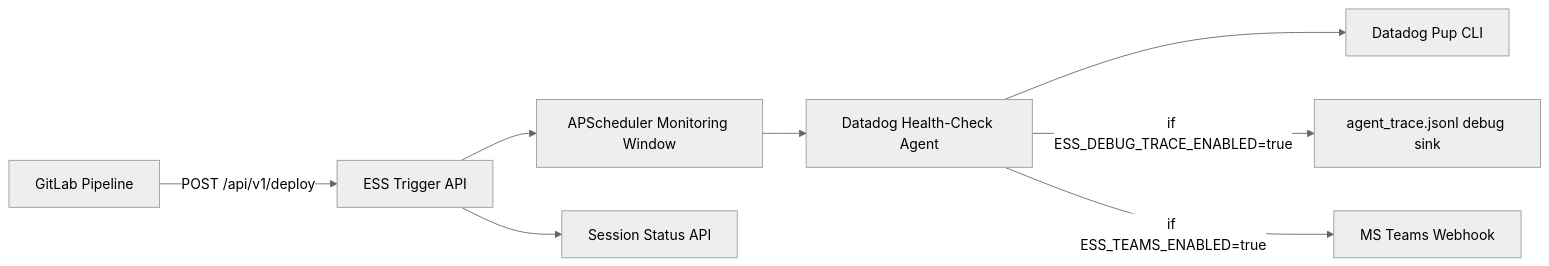
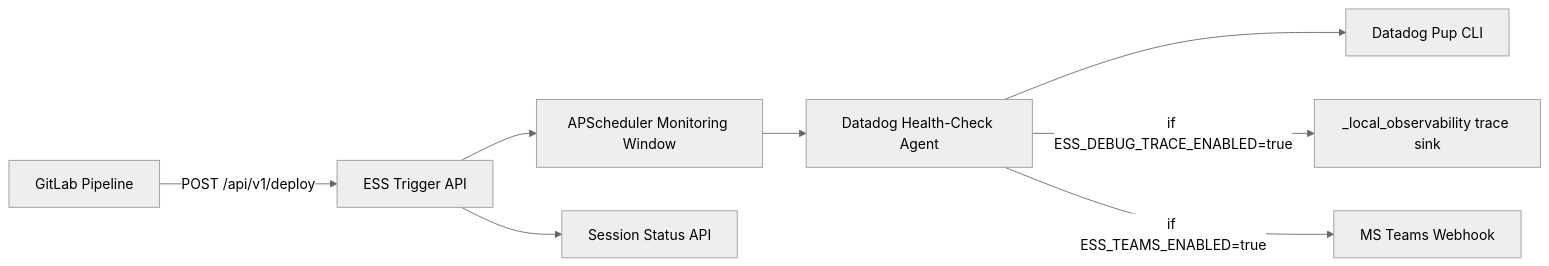
One commit to elis-salobehaj/ess changed the third of 3 diagrams in docs/plans/active/ess-eye-of-sauron-service.md. Above: the diagram before and after it, drawn with Mermaid (neutral theme). The commit also changed other lines of this file and 44 other files, not shown here.

````diff
--- a/docs/plans/active/ess-eye-of-sauron-service.md
+++ b/docs/plans/active/ess-eye-of-sauron-service.md
@@ -680,10 +679,10 @@
 ```mermaid
 flowchart LR
     GL[GitLab Pipeline] -->|POST /api/v1/deploy| API[ESS Trigger API]
     API --> SCHED[APScheduler Monitoring Window]
     SCHED --> AGENT[Datadog Health-Check Agent]
     AGENT --> PUP[Datadog Pup CLI]
-    AGENT -->|if ESS_DEBUG_TRACE_ENABLED=true| TRACE[agent_trace.jsonl debug sink]
+    AGENT -->|if ESS_DEBUG_TRACE_ENABLED=true| TRACE[_local_observability trace sink]
     AGENT -->|if ESS_TEAMS_ENABLED=true| TEAMS[MS Teams Webhook]
     API --> STATUS[Session Status API]
 ```
````
